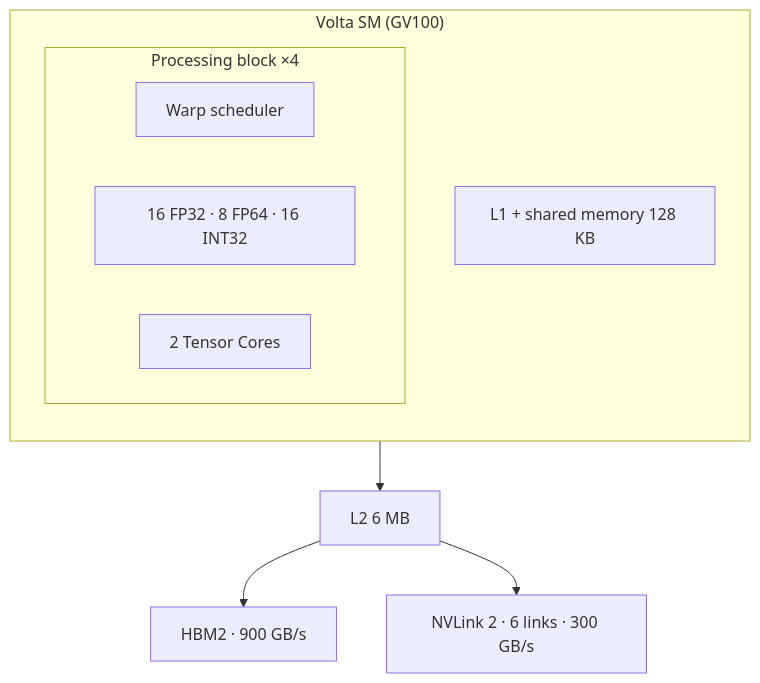
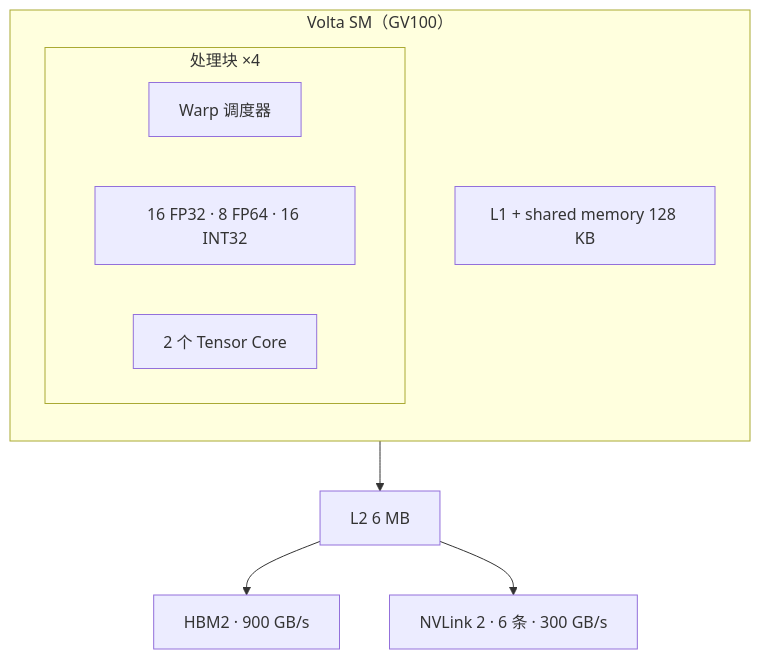
Before and after one commit to lxy-alexander/VoidIndex: the tenth of 13 diagrams in src/content/posts/nvidia-gpu-architectures.md, drawn with Mermaid. The commit also changed other lines of this file and 4 other files, not shown here.

````diff
--- a/src/content/posts/nvidia-gpu-architectures.md
+++ b/src/content/posts/nvidia-gpu-architectures.md
@@ -169,14 +169,14 @@
 ```mermaid
 flowchart TB
-  subgraph SM["Volta SM (GV100)"]
+  subgraph SM["Volta SM（GV100）"]
     direction TB
-    subgraph PB["Processing block ×4"]
-      S["Warp scheduler"]
+    subgraph PB["处理块 ×4"]
+      S["Warp 调度器"]
       F["16 FP32 · 8 FP64 · 16 INT32"]
-      T["2 Tensor Cores"]
+      T["2 个 Tensor Core"]
     end
     L1["L1 + shared memory 128 KB"]
   end
   SM --> L2["L2 6 MB"] --> HBM["HBM2 · 900 GB/s"]
-  L2 --> NV["NVLink 2 · 6 links · 300 GB/s"]
+  L2 --> NV["NVLink 2 · 6 条 · 300 GB/s"]
 ```
````
